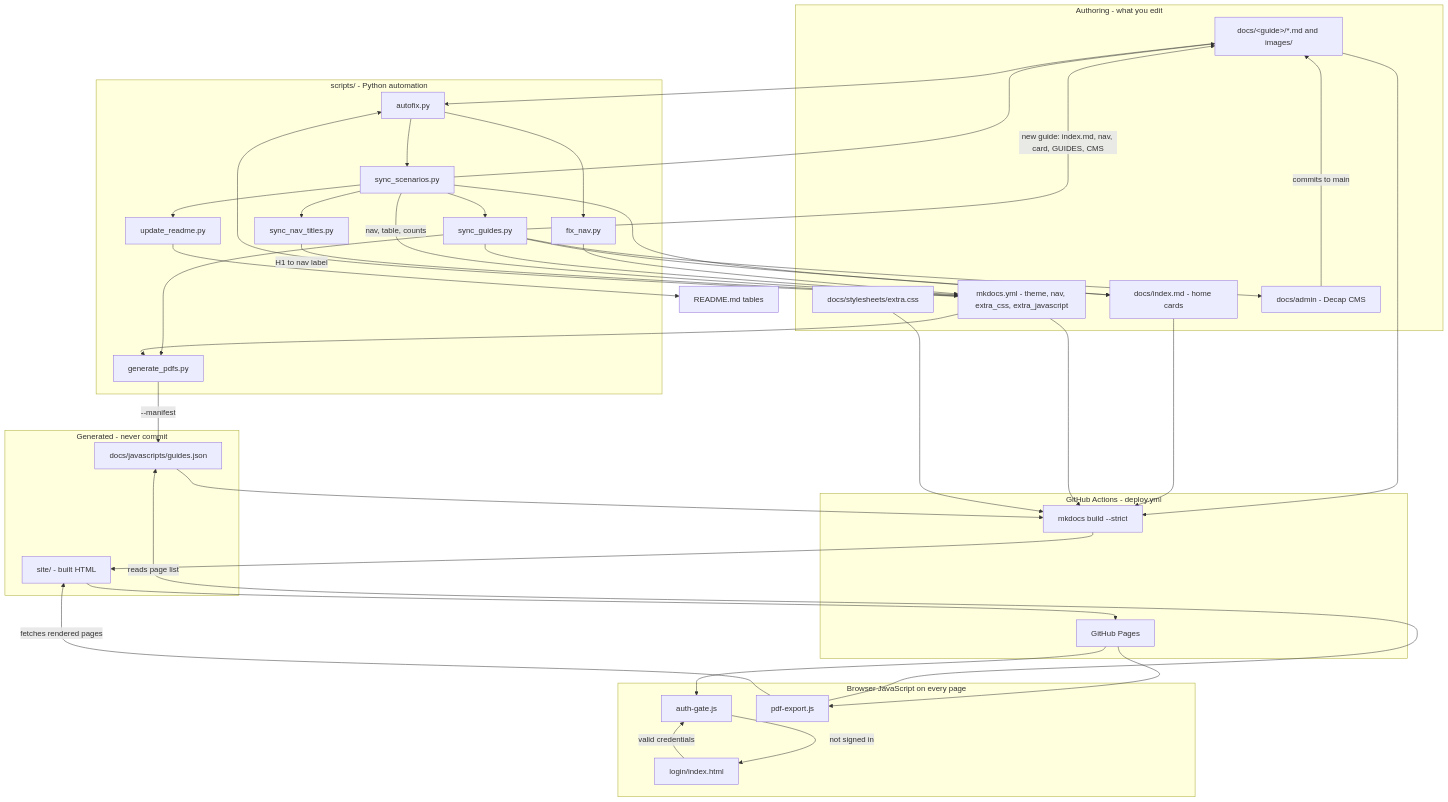
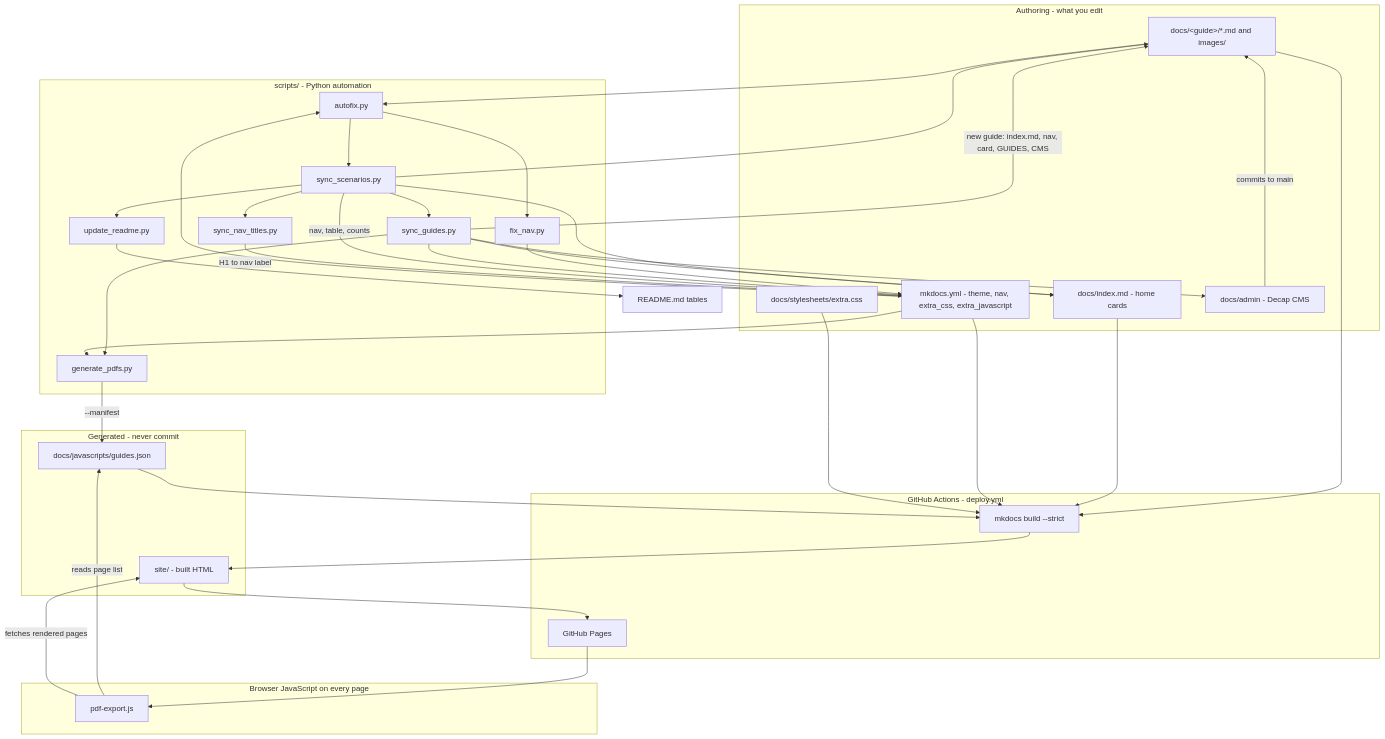
The first of 7 diagrams in README.md (cpoc-labs/CPOC_lab_guides_template), drawn with Mermaid before and after one commit. The commit also changed other lines of this file and 17 other files, not shown here.

````diff
--- a/README.md
+++ b/README.md
@@ -337,66 +336,61 @@
 ```mermaid
 flowchart TB
     subgraph AUTHOR["Authoring - what you edit"]
         MD["docs/&lt;guide&gt;/*.md and images/"]
         HOME["docs/index.md - home cards"]
         YML["mkdocs.yml - theme, nav, extra_css, extra_javascript"]
         CSS["docs/stylesheets/extra.css"]
         CMS["docs/admin - Decap CMS"]
     end
 
     subgraph SCRIPTS["scripts/ - Python automation"]
         AF["autofix.py"]
         FN["fix_nav.py"]
         SS["sync_scenarios.py"]
         SG["sync_guides.py"]
         SN["sync_nav_titles.py"]
         UR["update_readme.py"]
         GP["generate_pdfs.py"]
     end
 
     subgraph GEN["Generated - never commit"]
         GJ["docs/javascripts/guides.json"]
         SITE["site/ - built HTML"]
     end
 
     subgraph RUNTIME["Browser JavaScript on every page"]
-        AG["auth-gate.js"]
         PE["pdf-export.js"]
-        LG["login/index.html"]
     end
 
     subgraph CI["GitHub Actions - deploy.yml"]
         BUILD["mkdocs build --strict"]
         PAGES["GitHub Pages"]
     end
 
     MD --> AF
     YML --> AF
     AF --> FN --> YML
     AF --> SS
     SS --> SG
     SG -- "new guide: index.md, nav, card, GUIDES, CMS" --> MD
     SG --> YML
     SG --> HOME
     SG --> GP
     SG --> CMS
     SS -- "nav, table, counts" --> YML
     SS --> MD
     SS --> HOME
     SS --> SN -- "H1 to nav label" --> YML
     SS --> UR --> README["README.md tables"]
     YML --> GP -- "--manifest" --> GJ
     GJ --> BUILD
     MD --> BUILD
     HOME --> BUILD
     YML --> BUILD
     CSS --> BUILD
     BUILD --> SITE --> PAGES
-    PAGES --> AG
-    AG -- "not signed in" --> LG
-    LG -- "valid credentials" --> AG
     PAGES --> PE
     PE -- "reads page list" --> GJ
     PE -- "fetches rendered pages" --> SITE
     CMS -- "commits to main" --> MD
 ```
````
